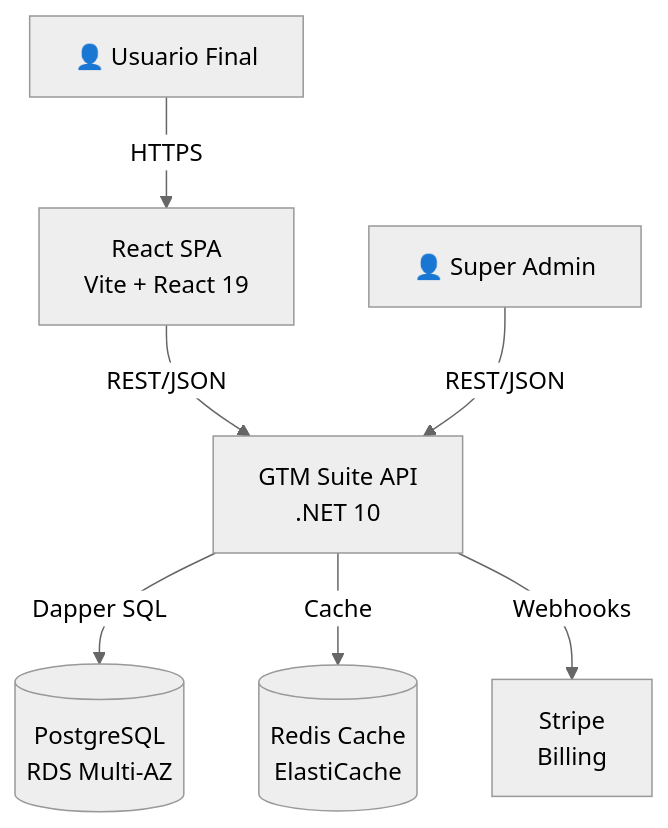
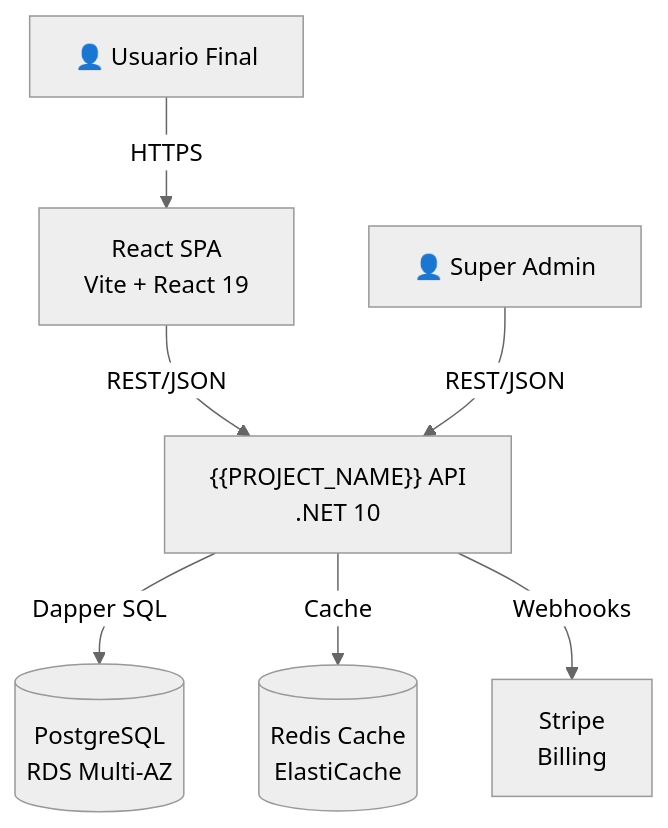
One commit to Raptor-Dev-Services/dev-notes changed the diagram in 03-arquitectura/12-c4-model.md. Above: the diagram before and after it, drawn with Mermaid (neutral theme). The commit also changed other lines of this file and 71 other files, not shown here.

````diff
--- a/03-arquitectura/12-c4-model.md
+++ b/03-arquitectura/12-c4-model.md
@@ -168,17 +168,17 @@
 ```mermaid
 graph TB
     User[👤 Usuario Final]
     Admin[👤 Super Admin]
     SPA[React SPA<br/>Vite + React 19]
-    API[GTM Suite API<br/>.NET 10]
+    API["{{PROJECT_NAME}} API<br/>.NET 10"]
     DB[(PostgreSQL<br/>RDS Multi-AZ)]
     Redis[(Redis Cache<br/>ElastiCache)]
     Stripe[Stripe<br/>Billing]
 
     User -->|HTTPS| SPA
     SPA -->|REST/JSON| API
     Admin -->|REST/JSON| API
     API -->|Dapper SQL| DB
     API -->|Cache| Redis
     API -->|Webhooks| Stripe
 ```
````
